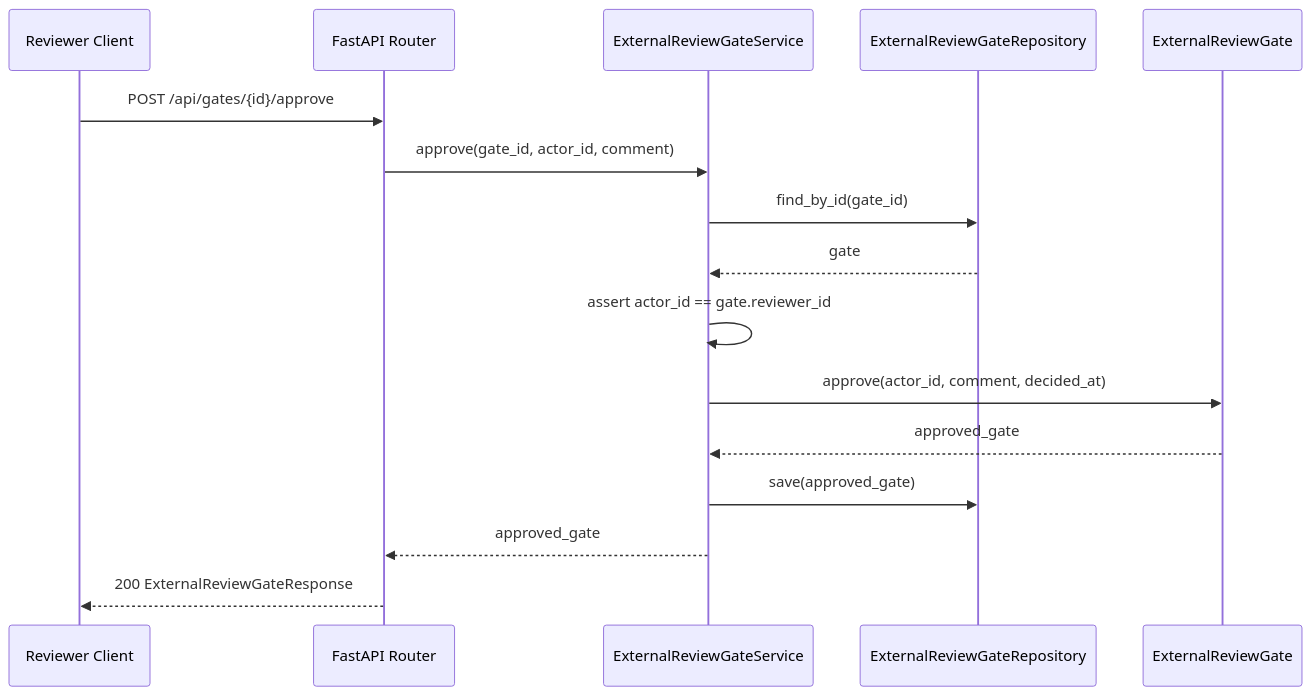
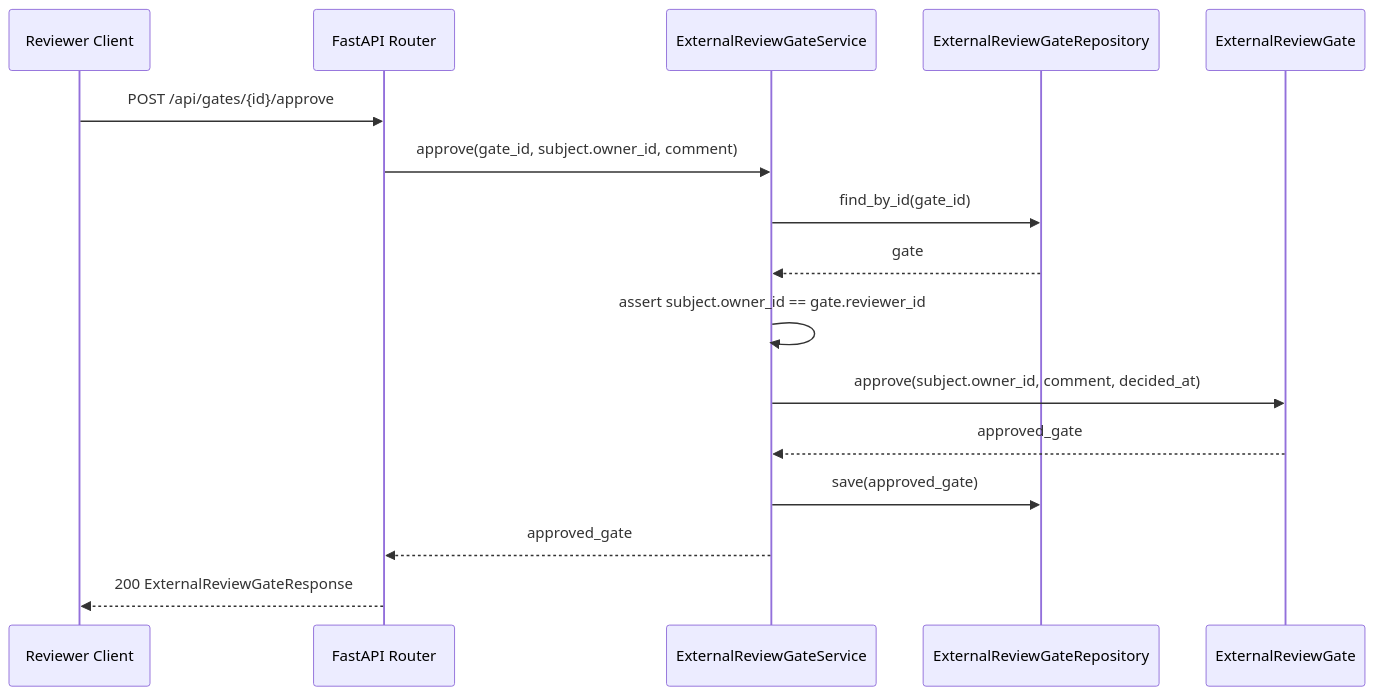
One commit to bakufu-dev/bakufu changed the second of 3 diagrams in docs/features/external-review-gate/http-api/basic-design.md. Above: the diagram before and after it, drawn with Mermaid. The commit also changed other lines of this file and 2 other files, not shown here.

Commit message:
docs(external-review-gate): address http api review blockers

````diff
--- a/docs/features/external-review-gate/http-api/basic-design.md
+++ b/docs/features/external-review-gate/http-api/basic-design.md
@@ -189,19 +193,19 @@
 ```mermaid
 sequenceDiagram
     participant Client as Reviewer Client
     participant Router as FastAPI Router
     participant Service as ExternalReviewGateService
     participant Repo as ExternalReviewGateRepository
     participant Gate as ExternalReviewGate
 
     Client->>Router: POST /api/gates/{id}/approve
-    Router->>Service: approve(gate_id, actor_id, comment)
+    Router->>Service: approve(gate_id, subject.owner_id, comment)
     Service->>Repo: find_by_id(gate_id)
     Repo-->>Service: gate
-    Service->>Service: assert actor_id == gate.reviewer_id
-    Service->>Gate: approve(actor_id, comment, decided_at)
+    Service->>Service: assert subject.owner_id == gate.reviewer_id
+    Service->>Gate: approve(subject.owner_id, comment, decided_at)
     Gate-->>Service: approved_gate
     Service->>Repo: save(approved_gate)
     Service-->>Router: approved_gate
     Router-->>Client: 200 ExternalReviewGateResponse
 ```
````
